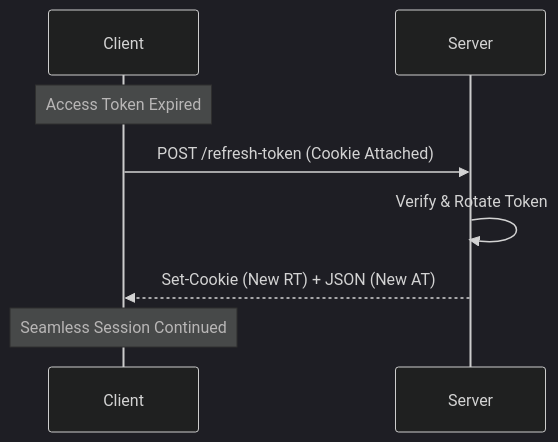
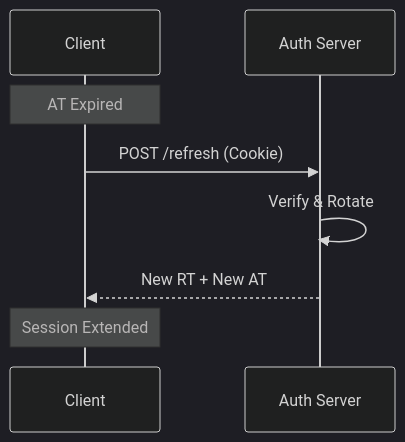
The second of 2 diagrams in slides.md (thanhphandev/lexivocab-slides), drawn with Mermaid (dark theme) before and after one commit. The commit also changed other lines of this file and 2 other files, not shown here.

````diff
--- a/slides.md
+++ b/slides.md
@@ -632,10 +630,10 @@
 ```mermaid
 sequenceDiagram
-participant Client
-participant Server
-Note over Client: Access Token Expired
-Client->>Server: POST /refresh-token (Cookie Attached)
-Server->>Server: Verify & Rotate Token
-Server-->>Client: Set-Cookie (New RT) + JSON (New AT)
-Note over Client: Seamless Session Continued
+    participant C as Client
+    participant S as Auth Server
+    Note over C: AT Expired
+    C->>S: POST /refresh (Cookie)
+    S->>S: Verify & Rotate
+    S-->>C: New RT + New AT
+    Note over C: Session Extended
 ```
````
